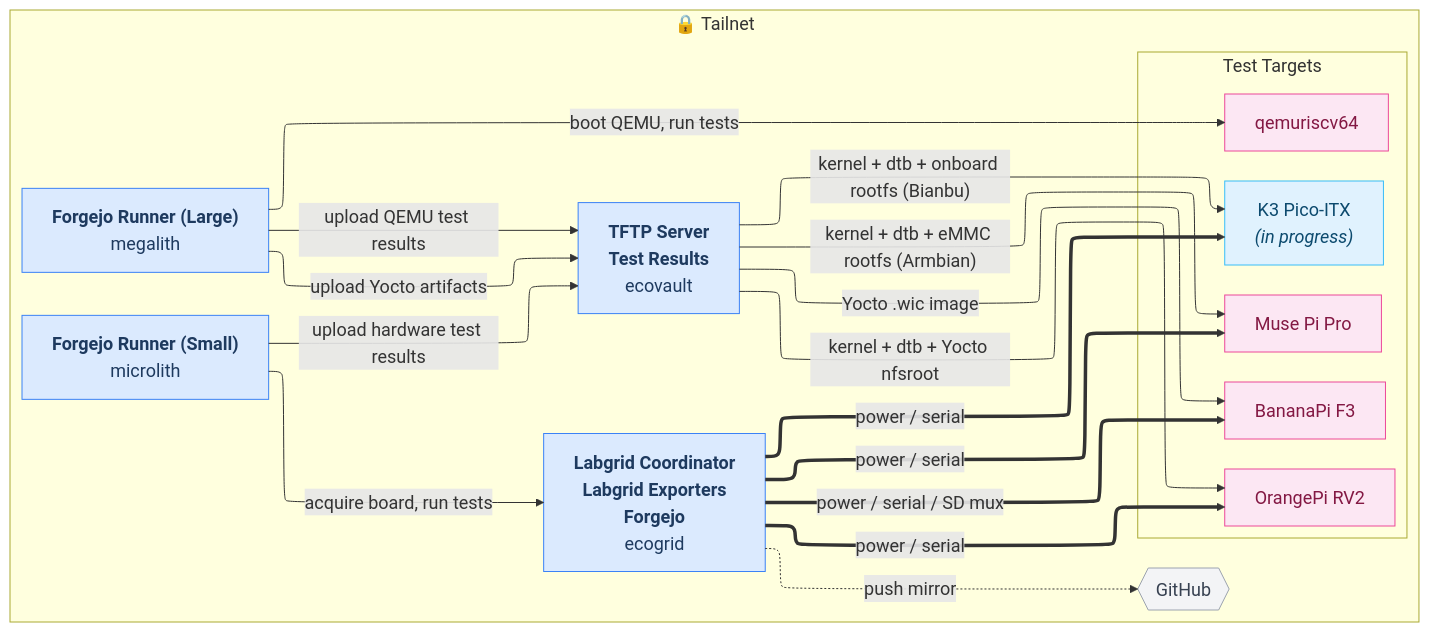
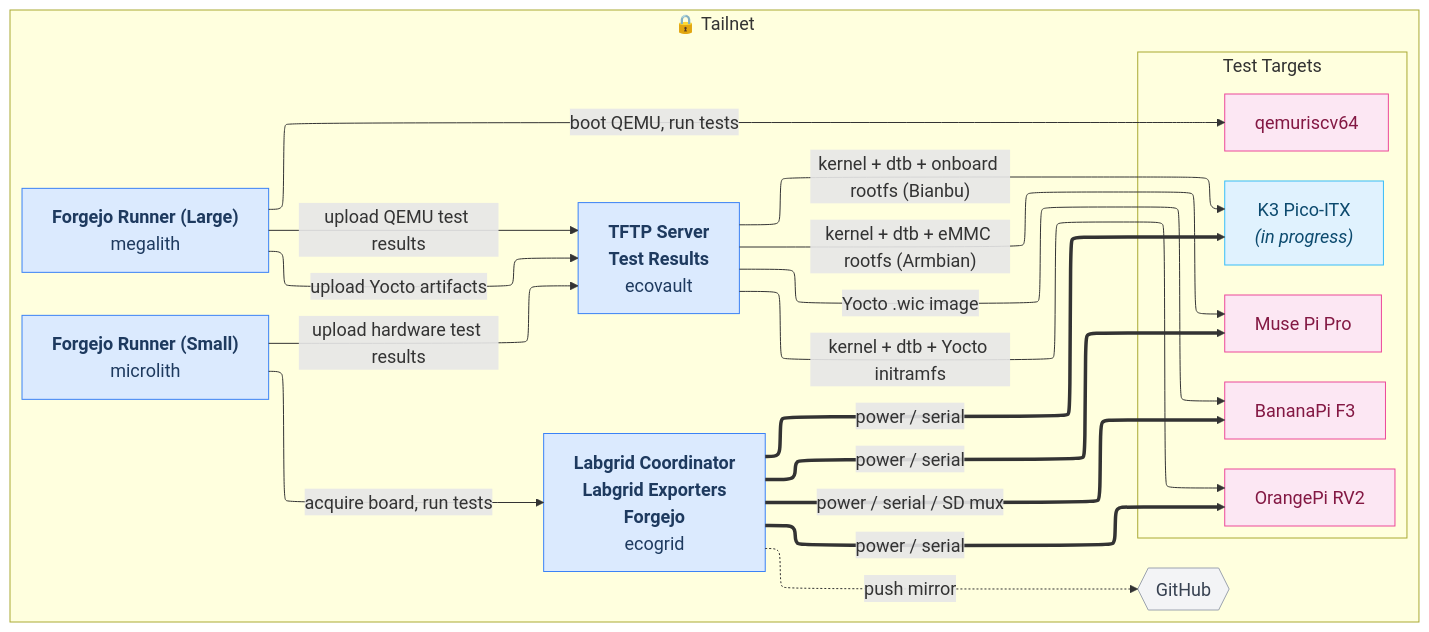
One commit to threexc/boardgarden changed the diagram in docs/network.mmd. Above: the diagram before and after it, drawn with Mermaid. The commit also changed 2 other files, not shown here.

Commit message:
docs: network: update diagram to reflect initramfs flow

```diff
--- a/docs/network.mmd
+++ b/docs/network.mmd
@@ -1,45 +1,45 @@
 %%{init: {"theme": "default", "flowchart": {"htmlLabels": true, "nodeSpacing": 30, "rankSpacing": 60, "defaultRenderer": "elk"}, "themeVariables": {"fontSize": "18px", "fontFamily": "Liberation Sans"}} }%%
 flowchart LR
   subgraph tailnet["🔒 Tailnet"]
     ecogrid["<b>Labgrid Coordinator</b><br/><b>Labgrid Exporters</b><br/><b>Forgejo</b><br/>ecogrid"]
     ecovault["<b>TFTP Server</b><br/><b>Test Results</b><br/>ecovault"]
     runner1["<b>Forgejo Runner (Large)</b><br/>megalith"]
     runner2["<b>Forgejo Runner (Small)</b><br/>microlith"]
     github{{"GitHub"}}
     subgraph boards["Test Targets"]
       direction TB
       board_1["BananaPi F3"]
       board_2["Muse Pi Pro"]
       board_3["OrangePi RV2"]
       board_4["qemuriscv64"]
       board_5["K3 Pico-ITX<br/><i>(in progress)</i>"]
     end
   end
 
   %% ── Hosted-on relationships ──
 
   %% ── Links ──
   ecogrid ==>|"power / serial / SD mux"| board_1
   ecogrid ==>|"power / serial"| board_2
   ecogrid ==>|"power / serial"| board_3
   ecogrid ==>|"power / serial"| board_5
   ecogrid -..->|"push mirror"| github
   runner1 -->|"upload Yocto artifacts"| ecovault
   runner1 -->|"upload QEMU test results"| ecovault
   runner1 -->|"boot QEMU, run tests"| board_4
   runner2 -->|"acquire board, run tests"| ecogrid
   runner2 -->|"upload hardware test results"| ecovault
   ecovault -->|"Yocto .wic image"| board_1
   ecovault -->|"kernel + dtb + eMMC rootfs (Armbian)"| board_2
-  ecovault -->|"kernel + dtb + Yocto nfsroot"| board_3
+  ecovault -->|"kernel + dtb + Yocto initramfs"| board_3
   ecovault -->|"kernel + dtb + onboard rootfs (Bianbu)"| board_5
 
   %% ── Styles ──
   classDef machine fill:#dbeafe,stroke:#3b82f6,color:#1e3a5f
   class ecogrid,ecovault,runner1,runner2 machine
   classDef external fill:#f3f4f6,stroke:#9ca3af,color:#374151
   class github external
   classDef board fill:#fce7f3,stroke:#ec4899,color:#831843
   class board_1,board_2,board_3,board_4 board
   classDef board_in_progress fill:#e0f2fe,stroke:#38bdf8,color:#0c4a6e
   class board_5 board_in_progress
```
